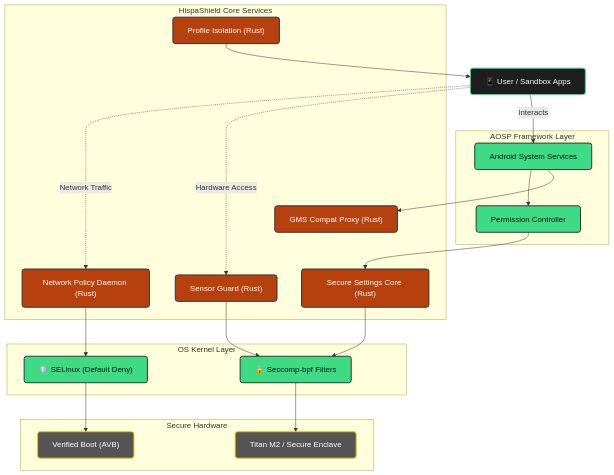
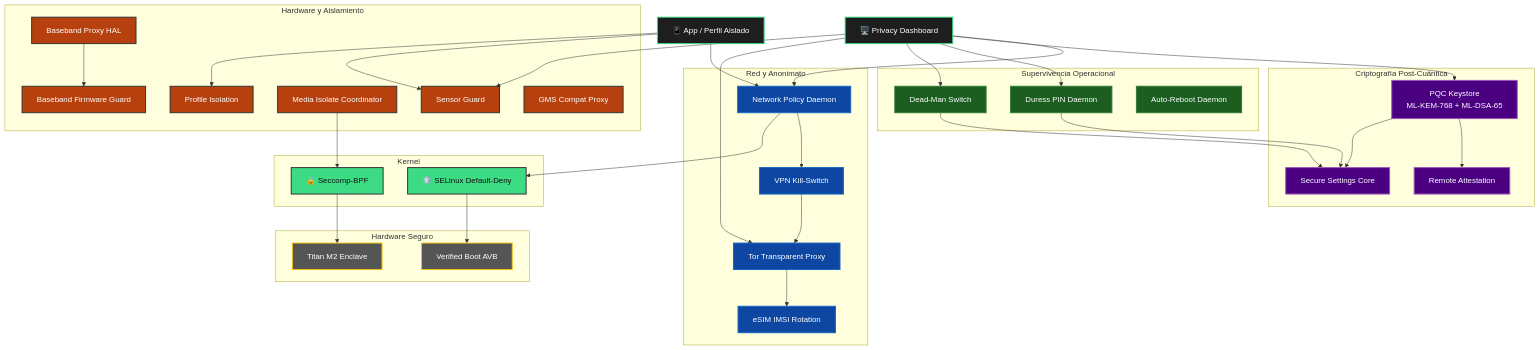
Before and after one commit to murdok1982/HispanShielMobile: the second of 5 diagrams in README.md, drawn with Mermaid. The commit also changed other lines of this file, not shown here.

Commit message:
docs: update README with all 8 improvements and full architecture

````diff
--- a/README.md
+++ b/README.md
@@ -43,51 +59,67 @@
 ```mermaid
 graph TD
-    %% Define styles
-    classDef user fill:#1e1e1e,stroke:#3ddc84,stroke-width:2px,color:#fff,rx:5px,ry:5px
-    classDef rust fill:#b7410e,stroke:#333,stroke-width:2px,color:#fff,rx:5px,ry:5px
-    classDef aosp fill:#3ddc84,stroke:#333,stroke-width:2px,color:#111,rx:5px,ry:5px
-    classDef hw fill:#555,stroke:#f1c40f,stroke-width:2px,color:#fff,rx:5px,ry:5px
+    classDef user fill:#1e1e1e,stroke:#3ddc84,stroke-width:2px,color:#fff
+    classDef rust fill:#b7410e,stroke:#333,stroke-width:2px,color:#fff
+    classDef pqc fill:#4b0082,stroke:#9b59b6,stroke-width:2px,color:#fff
+    classDef net fill:#0d47a1,stroke:#1565c0,stroke-width:2px,color:#fff
+    classDef surv fill:#1b5e20,stroke:#2e7d32,stroke-width:2px,color:#fff
+    classDef hw fill:#555,stroke:#f1c40f,stroke-width:2px,color:#fff
+    classDef aosp fill:#3ddc84,stroke:#333,stroke-width:2px,color:#111
 
-    %% Components
-    UserApp["📱 User / Sandbox Apps"]:::user
-    
-    subgraph AOSP Framework Layer
-        Permissions["Permission Controller"]:::aosp
-        Services["Android System Services"]:::aosp
+    UserApp["📱 App / Perfil Aislado"]:::user
+    Dashboard["🖥️ Privacy Dashboard"]:::user
+
+    subgraph Red y Anonimato
+        NPD["Network Policy Daemon"]:::net
+        VPN["VPN Kill-Switch"]:::net
+        TOR["Tor Transparent Proxy"]:::net
+        ESIM["eSIM IMSI Rotation"]:::net
     end
 
-    subgraph HispaShield Core Services
-        NPD["Network Policy Daemon (Rust)"]:::rust
-        SG["Sensor Guard (Rust)"]:::rust
-        SSC["Secure Settings Core (Rust)"]:::rust
-        PI["Profile Isolation (Rust)"]:::rust
-        GMS["GMS Compat Proxy (Rust)"]:::rust
+    subgraph Criptografía Post-Cuántica
+        PQC["PQC Keystore\nML-KEM-768 + ML-DSA-65"]:::pqc
+        ATTEST["Remote Attestation"]:::pqc
+        SSC["Secure Settings Core"]:::pqc
     end
 
-    subgraph OS Kernel Layer
-        SELinux["🛡️ SELinux (Default Deny)"]:::aosp
-        Seccomp["🔒 Seccomp-bpf Filters"]:::aosp
+    subgraph Supervivencia Operacional
+        DURESS["Duress PIN Daemon"]:::surv
+        DMZ["Dead-Man Switch"]:::surv
+        REBOOT["Auto-Reboot Daemon"]:::surv
     end
 
-    subgraph Secure Hardware
-        AVB["Verified Boot (AVB)"]:::hw
-        Titan["Titan M2 / Secure Enclave"]:::hw
+    subgraph Hardware y Aislamiento
+        SG["Sensor Guard"]:::rust
+        BB["Baseband Proxy HAL"]:::rust
+        BBG["Baseband Firmware Guard"]:::rust
+        MEDIA["Media Isolate Coordinator"]:::rust
+        PI["Profile Isolation"]:::rust
+        GMS["GMS Compat Proxy"]:::rust
     end
 
-    %% Routing
-    UserApp -->|Interacts| Services
-    UserApp -.->|Network Traffic| NPD
-    UserApp -.->|Hardware Access| SG
-    
-    Services --> Permissions
-    Permissions --> SSC
-    Services --> GMS
-    PI --> UserApp
-    
+    subgraph Kernel
+        SELinux["🛡️ SELinux Default-Deny"]:::aosp
+        Seccomp["🔒 Seccomp-BPF"]:::aosp
+    end
+
+    subgraph Hardware Seguro
+        AVB["Verified Boot AVB"]:::hw
+        Titan["Titan M2 Enclave"]:::hw
+    end
+
+    UserApp --> NPD
+    UserApp --> SG
+    UserApp --> PI
+    NPD --> VPN --> TOR
+    TOR --> ESIM
+    PQC --> ATTEST
+    PQC --> SSC
+    DURESS --> SSC
+    DMZ --> SSC
+    BB --> BBG
+    MEDIA --> Seccomp
     NPD --> SELinux
-    SG --> Seccomp
-    SSC --> Seccomp
-    
     SELinux --> AVB
     Seccomp --> Titan
+    Dashboard --> NPD & SG & PQC & DURESS & DMZ & TOR
 ```
````
